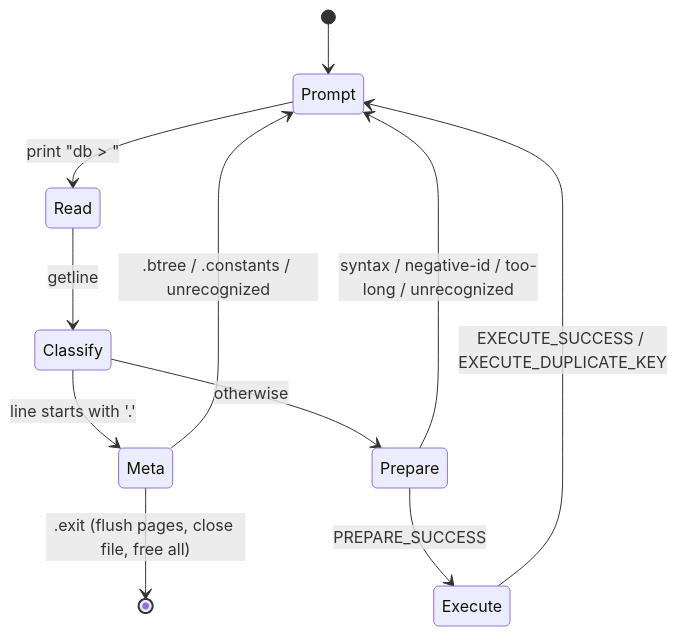
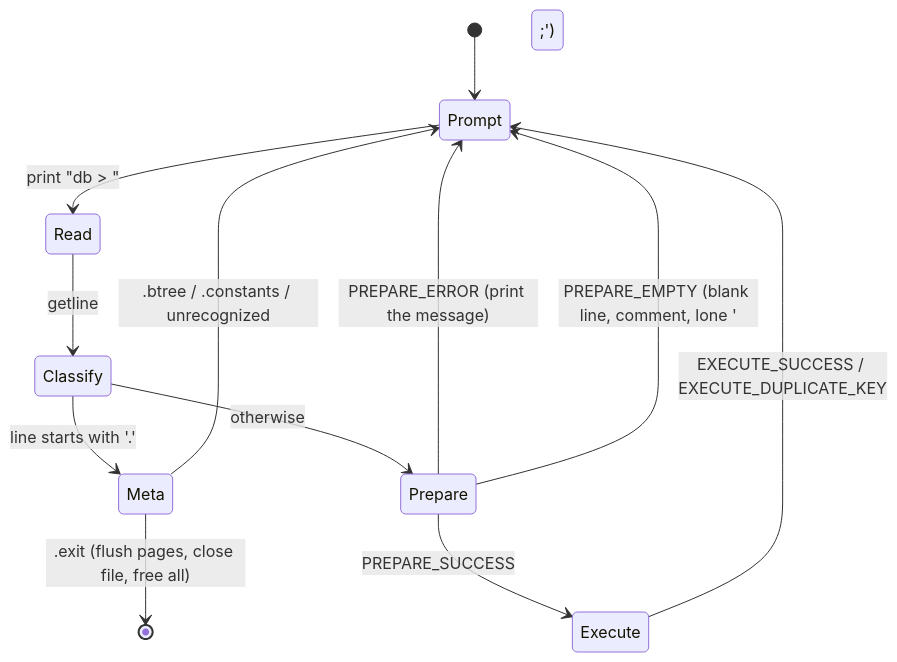
Before and after one commit to Rohitangshu2026/mini-sql: diagram 15 of 20 in README.md, drawn with Mermaid. The commit also changed other lines of this file, not shown here.

````diff
--- a/README.md
+++ b/README.md
@@ -714,17 +739,18 @@
 ```mermaid
 stateDiagram-v2
     [*] --> Prompt
     Prompt --> Read : print "db > "
     Read --> Classify : getline
 
     Classify --> Meta : line starts with '.'
     Classify --> Prepare : otherwise
 
     Meta --> Prompt : .btree / .constants / unrecognized
     Meta --> [*] : .exit (flush pages, close file, free all)
 
     Prepare --> Execute : PREPARE_SUCCESS
-    Prepare --> Prompt : syntax / negative-id / too-long / unrecognized
+    Prepare --> Prompt : PREPARE_ERROR (print the message)
+    Prepare --> Prompt : PREPARE_EMPTY (blank line, comment, lone ';')
 
     Execute --> Prompt : EXECUTE_SUCCESS / EXECUTE_DUPLICATE_KEY
 ```
````
